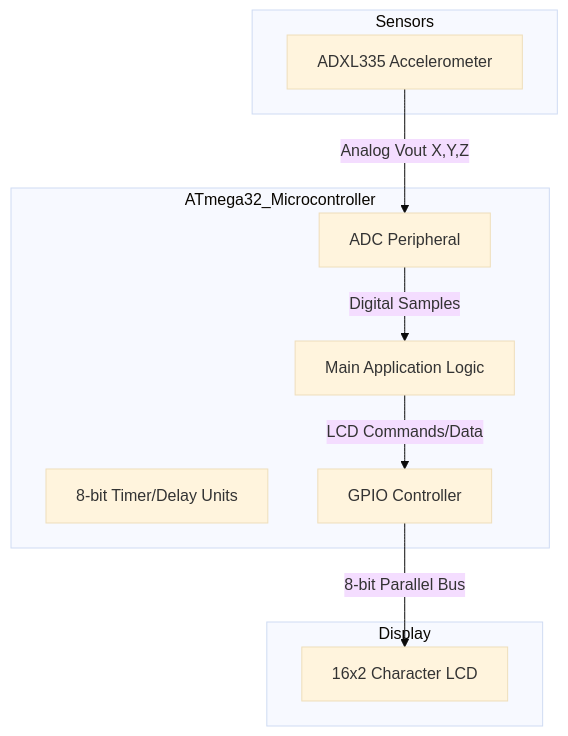
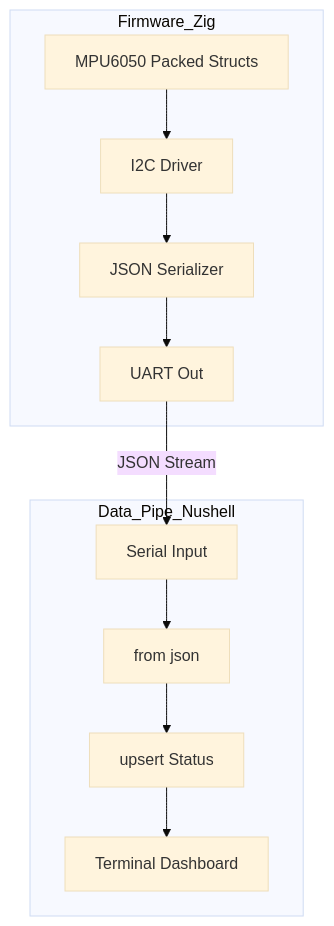
Before and after one commit to ashishrai12/LCD_Test_Accelerometer: the diagram in README.md, drawn with Mermaid (base theme). The commit also changed other lines of this file and 11 other files, not shown here.

````diff
--- a/README.md
+++ b/README.md
@@ -16,22 +26,15 @@
 ```mermaid
 graph TD
-    subgraph Sensors
-        A[ADXL335 Accelerometer]
+    subgraph Firmware_Zig
+        A[MPU6050 Packed Structs] --> B[I2C Driver]
+        B --> C[JSON Serializer]
+        C --> D[UART Out]
     end
     
-    subgraph ATmega32_Microcontroller
-        B[ADC Peripheral]
-        C[8-bit Timer/Delay Units]
-        D[GPIO Controller]
-        E[Main Application Logic]
+    subgraph Data_Pipe_Nushell
+        D -->|JSON Stream| E[Serial Input]
+        E --> F[from json]
+        F --> G[upsert Status]
+        G --> H[Terminal Dashboard]
     end
-    
-    subgraph Display
-        F[16x2 Character LCD]
-    end
-
-    A -- Analog Vout X,Y,Z --> B
-    B -- Digital Samples --> E
-    E -- LCD Commands/Data --> D
-    D -- 8-bit Parallel Bus --> F
 ```
````
